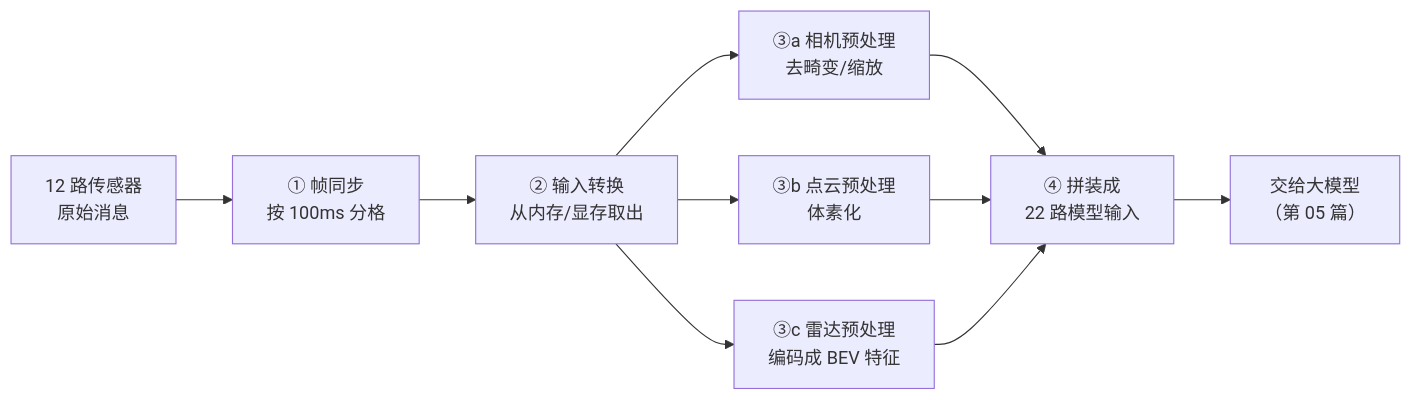
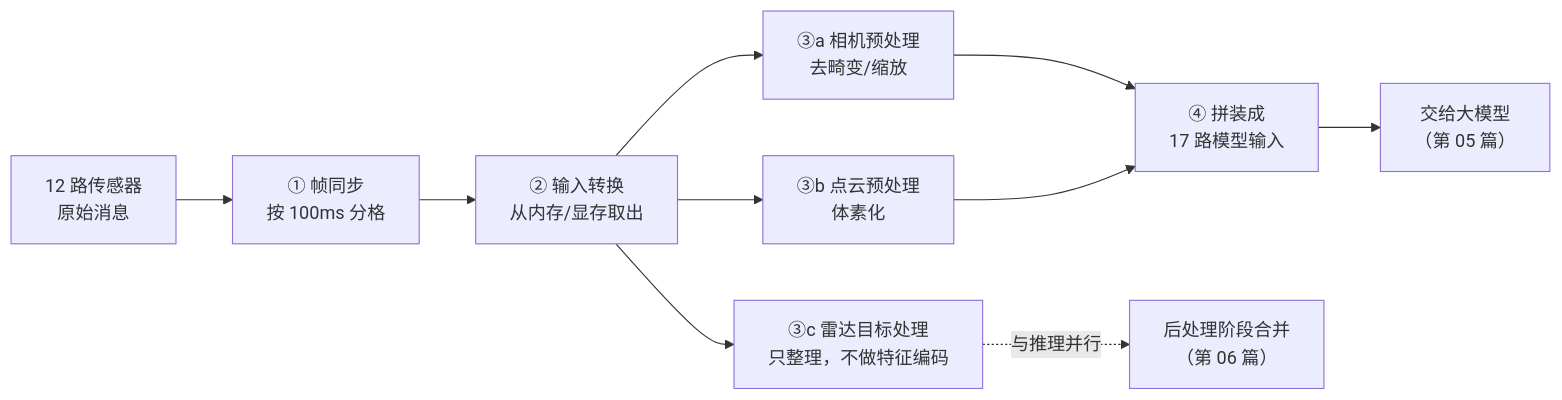
The first of 2 diagrams in docs/document/撰修司/E2E架构拆解/04 前处理：传感器数据到模型输入.md (Franch-Toast/Scriptorium), drawn with Mermaid before and after one commit. The commit also changed other lines of this file and 6 other files, not shown here.

````diff
--- a/docs/document/撰修司/E2E架构拆解/04 前处理：传感器数据到模型输入.md
+++ b/docs/document/撰修司/E2E架构拆解/04 前处理：传感器数据到模型输入.md
@@ -40,12 +40,12 @@
 ```mermaid
 flowchart LR
     A["12 路传感器<br/>原始消息"] --> B["① 帧同步<br/>按 100ms 分格"]
     B --> C["② 输入转换<br/>从内存/显存取出"]
     C --> D1["③a 相机预处理<br/>去畸变/缩放"]
     C --> D2["③b 点云预处理<br/>体素化"]
-    C --> D3["③c 雷达预处理<br/>编码成 BEV 特征"]
-    D1 --> E["④ 拼装成<br/>22 路模型输入"]
+    C --> D3["③c 雷达目标处理<br/>只整理，不做特征编码"]
+    D1 --> E["④ 拼装成<br/>17 路模型输入"]
     D2 --> E
-    D3 --> E
+    D3 -.->|与推理并行| G["后处理阶段合并<br/>（第 06 篇）"]
     E --> F["交给大模型<br/>（第 05 篇）"]
 ```
````
